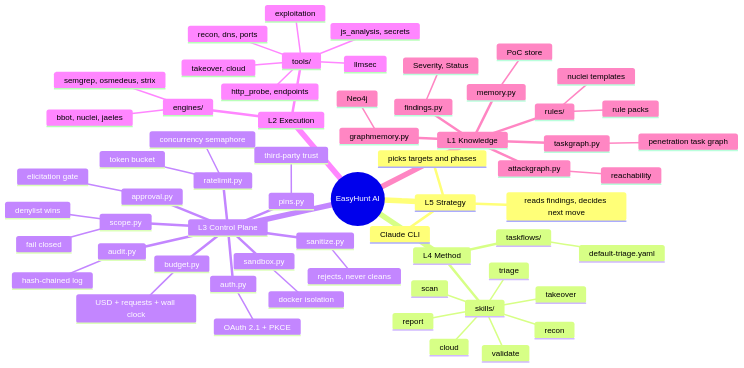
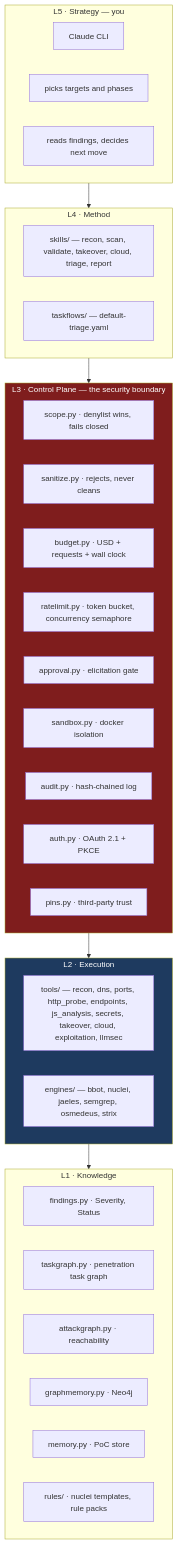
Before and after one commit to iamsecure1920/Cordon-AI: the first of 3 diagrams in docs/ARCHITECTURE.md, drawn with Mermaid. The commit also changed other lines of this file and 2 other files, not shown here.

Commit message:
Convert the last two mindmap diagrams to GitHub-renderable flowcharts
The README already dropped mermaid's experimental mindmap type for flowchart
TB because GitHub's build does not ship it and renders nothing. ARCHITECTURE.md
section 2 and USERMANUAL.md section 5 carried the same broken blocks — the two
diagrams meant to explain the whole system were the two that showed nothing.

Redrawn both in the same vocabulary as the README fix: one subgraph per layer
L5 down to L1, every original label kept, control plane and execution layers
filled so the picture says where the security boundary sits. Also fixed a
`---## 2.` heading glued to its horizontal rule, and updated the two stale
"mind map" cross-references (USERMANUAL TOC anchor, docs/README.md blurb).

Verified: all three SVGs remain well-formed with valid SMIL timing, every
mermaid block across all docs is a GitHub-supported type, code fences balance.

🤖 Generated with Codebuff

````diff
--- a/docs/ARCHITECTURE.md
+++ b/docs/ARCHITECTURE.md
@@ -15,65 +15,47 @@
 ```mermaid
-mindmap
-  root((EasyHunt AI))
-    L5 Strategy
-      Claude CLI
-      picks targets and phases
-      reads findings, decides next move
-    L4 Method
-      skills/
-        recon
-        scan
-        validate
-        takeover
-        cloud
-        triage
-        report
-      taskflows/
-        default-triage.yaml
-    L3 Control Plane
-      scope.py
-        denylist wins
-        fail closed
-      sanitize.py
-        rejects, never cleans
-      budget.py
-        USD + requests + wall clock
-      ratelimit.py
-        token bucket
-        concurrency semaphore
-      approval.py
-        elicitation gate
-      sandbox.py
-        docker isolation
-      audit.py
-        hash-chained log
-      auth.py
-        OAuth 2.1 + PKCE
-      pins.py
-        third-party trust
-    L2 Execution
-      tools/
-        recon, dns, ports
-        http_probe, endpoints
-        js_analysis, secrets
-        takeover, cloud
-        exploitation
-        llmsec
-      engines/
-        bbot, nuclei, jaeles
-        semgrep, osmedeus, strix
-    L1 Knowledge
-      findings.py
-        Severity, Status
-      taskgraph.py
-        penetration task graph
-      attackgraph.py
-        reachability
-      graphmemory.py
-        Neo4j
-      memory.py
-        PoC store
-      rules/
-        nuclei templates
-        rule packs
+flowchart TB
+    subgraph L5["L5 · Strategy — you"]
+        S1["Claude CLI"]
+        S2["picks targets and phases"]
+        S3["reads findings, decides next move"]
+    end
+
+    subgraph L4["L4 · Method"]
+        M1["skills/ — recon, scan, validate, takeover, cloud, triage, report"]
+        M2["taskflows/ — default-triage.yaml"]
+    end
+
+    subgraph L3["L3 · Control Plane — the security boundary"]
+        C1["scope.py · denylist wins, fails closed"]
+        C2["sanitize.py · rejects, never cleans"]
+        C3["budget.py · USD + requests + wall clock"]
+        C4["ratelimit.py · token bucket, concurrency semaphore"]
+        C5["approval.py · elicitation gate"]
+        C6["sandbox.py · docker isolation"]
+        C7["audit.py · hash-chained log"]
+        C8["auth.py · OAuth 2.1 + PKCE"]
+        C9["pins.py · third-party trust"]
+    end
+
+    subgraph L2["L2 · Execution"]
+        E1["tools/ — recon, dns, ports, http_probe, endpoints, js_analysis, secrets, takeover, cloud, exploitation, llmsec"]
+        E2["engines/ — bbot, nuclei, jaeles, semgrep, osmedeus, strix"]
+    end
+
+    subgraph L1["L1 · Knowledge"]
+        K1["findings.py · Severity, Status"]
+        K2["taskgraph.py · penetration task graph"]
+        K3["attackgraph.py · reachability"]
+        K4["graphmemory.py · Neo4j"]
+        K5["memory.py · PoC store"]
+        K6["rules/ · nuclei templates, rule packs"]
+    end
+
+    L5 --> L4
+    L4 --> L3
+    L3 --> L2
+    L2 --> L1
+
+    style L3 fill:#7f1d1d,color:#fff
+    style L2 fill:#1e3a5f,color:#fff
 ```
````
